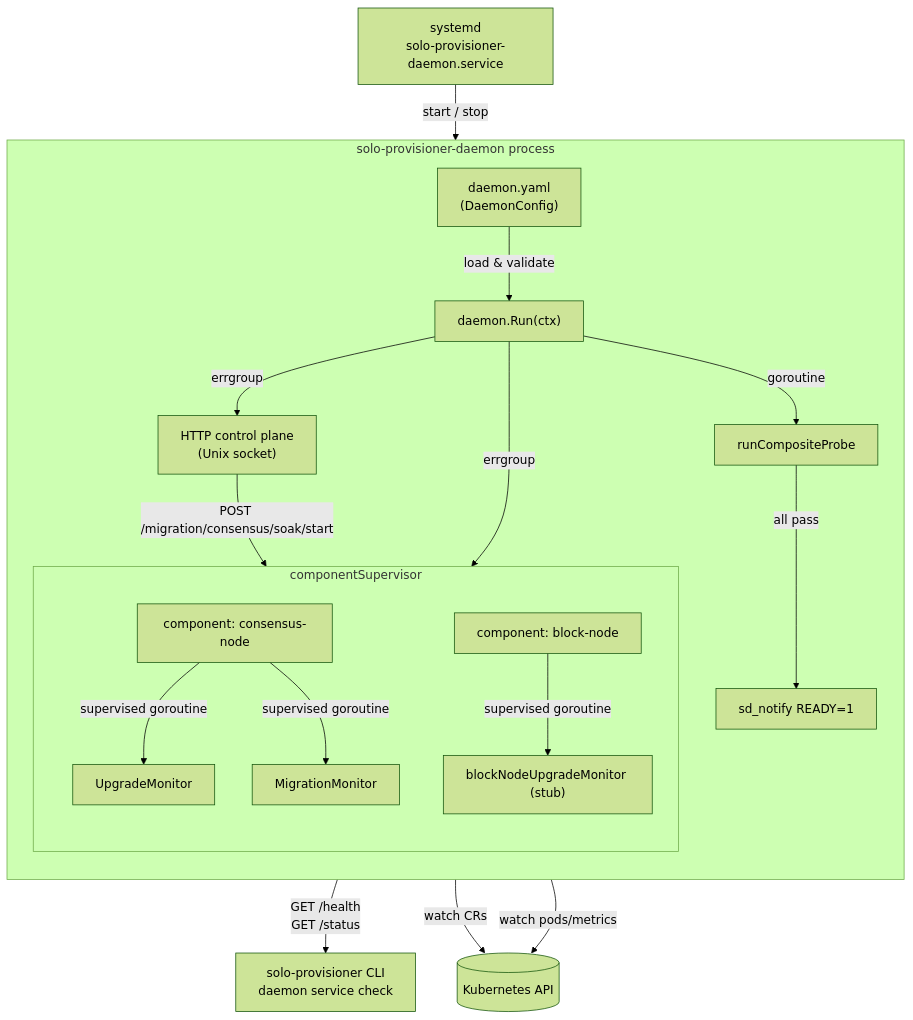
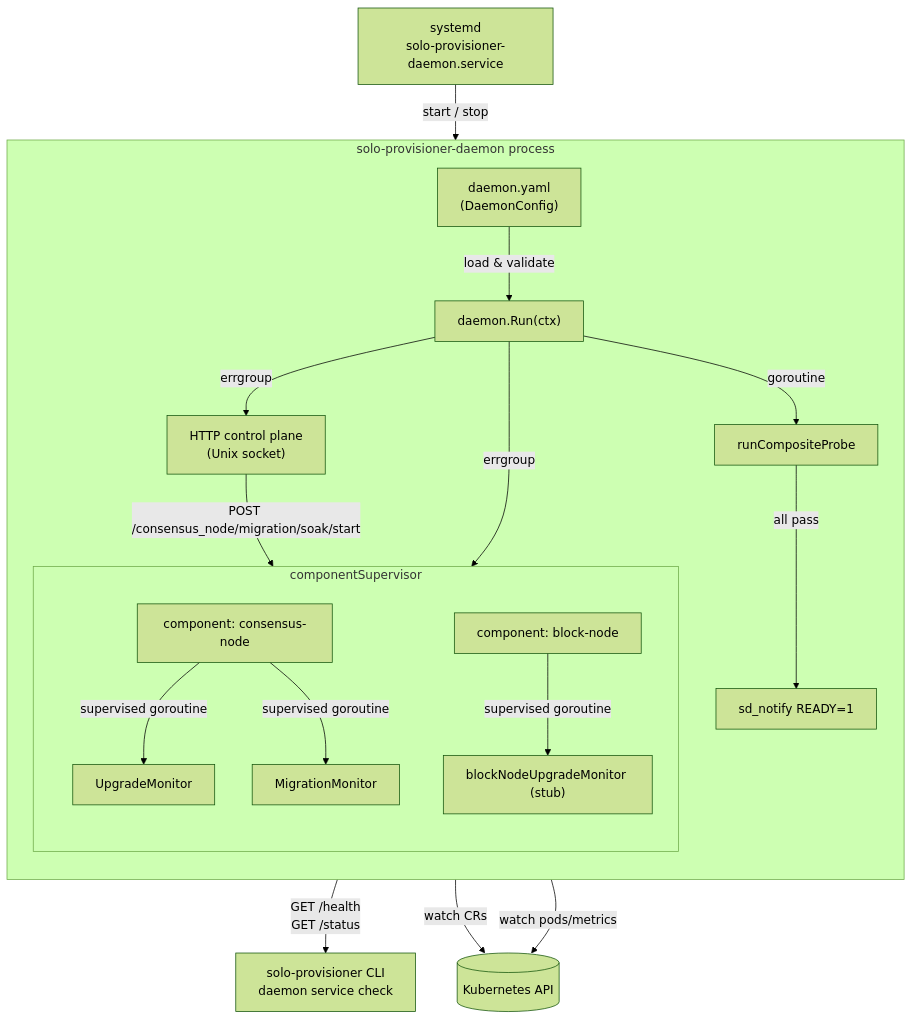
Before and after one commit to hashgraph/solo-weaver: the first of 5 diagrams in docs/dev/daemon-architecture.md, drawn with Mermaid (forest theme). The commit also changed other lines of this file and 9 other files, not shown here.

````diff
--- a/docs/dev/daemon-architecture.md
+++ b/docs/dev/daemon-architecture.md
@@ -27,29 +27,29 @@
 ```mermaid
 graph TD
     systemd["systemd\nsolo-provisioner-daemon.service"] -->|start / stop| daemon
 
     subgraph daemon["solo-provisioner-daemon process"]
         direction TB
         cfg["daemon.yaml\n(DaemonConfig)"] -->|load & validate| run
         run["daemon.Run(ctx)"]
         run -->|errgroup| http["HTTP control plane\n(Unix socket)"]
         run -->|errgroup| sup["componentSupervisor"]
         run -->|goroutine| probe["runCompositeProbe"]
 
         subgraph sup["componentSupervisor"]
             direction TB
             cn_comp["component: consensus-node"]
             bn_comp["component: block-node"]
             cn_comp -->|supervised goroutine| up_mon["UpgradeMonitor"]
             cn_comp -->|supervised goroutine| mig_mon["MigrationMonitor"]
             bn_comp -->|supervised goroutine| bn_mon["blockNodeUpgradeMonitor (stub)"]
         end
 
         probe -->|all pass| sdnotify["sd_notify READY=1"]
     end
 
     http -->|"GET /health\nGET /status"| cli["solo-provisioner CLI\ndaemon service check"]
-    http -->|"POST /migration/consensus/soak/start"| mig_mon
+    http -->|"POST /consensus_node/migration/soak/start"| mig_mon
     up_mon -->|watch CRs| k8s[("Kubernetes API")]
     mig_mon -->|watch pods/metrics| k8s
 ```
````
